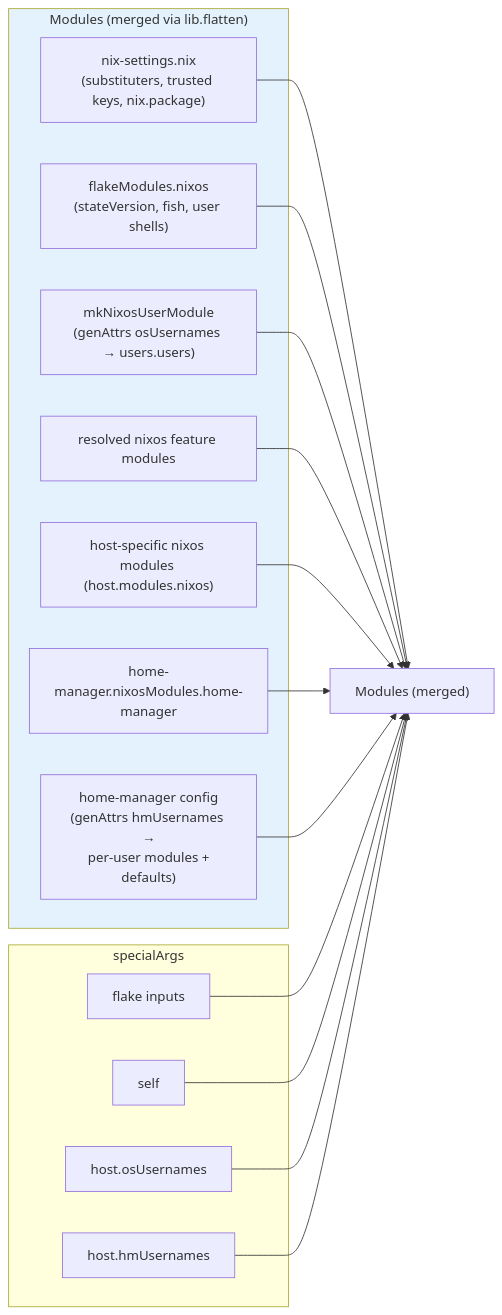
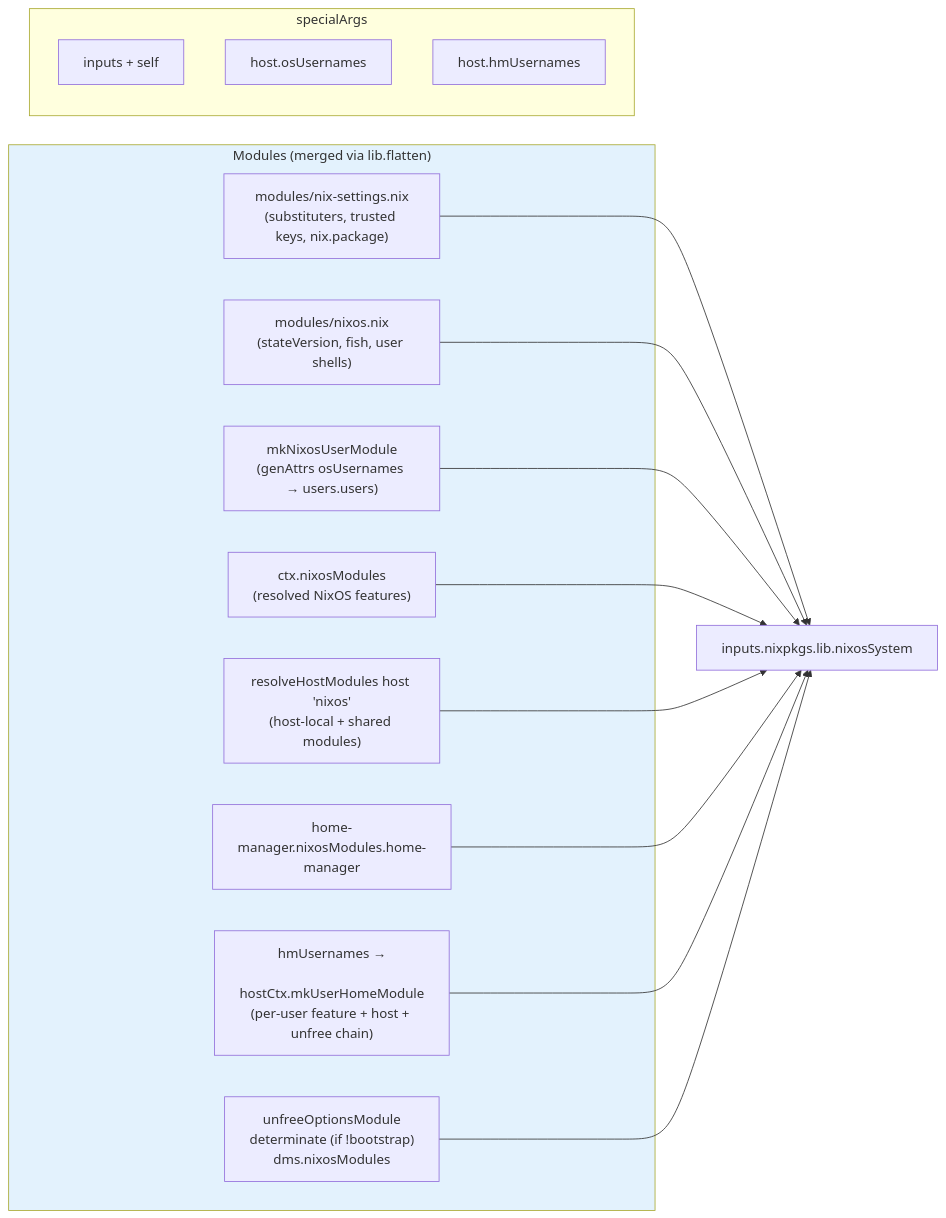
The fifth of 8 diagrams in DESIGN.md (WombatFromHell/automatic-palm-tree), drawn with Mermaid before and after one commit. The commit also changed other lines of this file and 83 other files, not shown here.

````diff
--- a/DESIGN.md
+++ b/DESIGN.md
@@ -193,30 +251,27 @@
 ```mermaid
 flowchart LR
     subgraph M["Modules (merged via lib.flatten)"]
-        nixSet["nix-settings.nix\n(substituters, trusted keys, nix.package)"]
-        nixosMod["flakeModules.nixos\n(stateVersion, fish, user shells)"]
+        nixSet["modules/nix-settings.nix\n(substituters, trusted keys, nix.package)"]
+        nixosMod["modules/nixos.nix\n(stateVersion, fish, user shells)"]
         autoUser["mkNixosUserModule\n(genAttrs osUsernames → users.users)"]
-        featMod["resolved nixos feature modules"]
-        hostMod["host-specific nixos modules (host.modules.nixos)"]
+        featMod["ctx.nixosModules\n(resolved NixOS features)"]
+        hostMod["resolveHostModules host 'nixos'\n(host-local + shared modules)"]
         hmMod["home-manager.nixosModules.home-manager"]
-        hmCfg["home-manager config\n(genAttrs hmUsernames →\n per-user modules + defaults)"]
+        hmCfg["hmUsernames →\n hostCtx.mkUserHomeModule\n(per-user feature + host + unfree chain)"]
+        extra["unfreeOptionsModule\ndeterminate (if !bootstrap)\ndms.nixosModules"]
     end
     subgraph SA["specialArgs"]
-        inputs["flake inputs"]
-        self["self"]
+        inputs["inputs + self"]
         osUsernames["host.osUsernames"]
         hmUsernames["host.hmUsernames"]
     end
-    nixSet --> merged["Modules (merged)"]
+    nixSet --> merged["inputs.nixpkgs.lib.nixosSystem"]
     nixosMod --> merged
     autoUser --> merged
     featMod --> merged
     hostMod --> merged
     hmMod --> merged
     hmCfg --> merged
-    inputs --> merged
-    self --> merged
-    osUsernames --> merged
-    hmUsernames --> merged
+    extra --> merged
     style M fill:#e3f2fd
 ```
````
